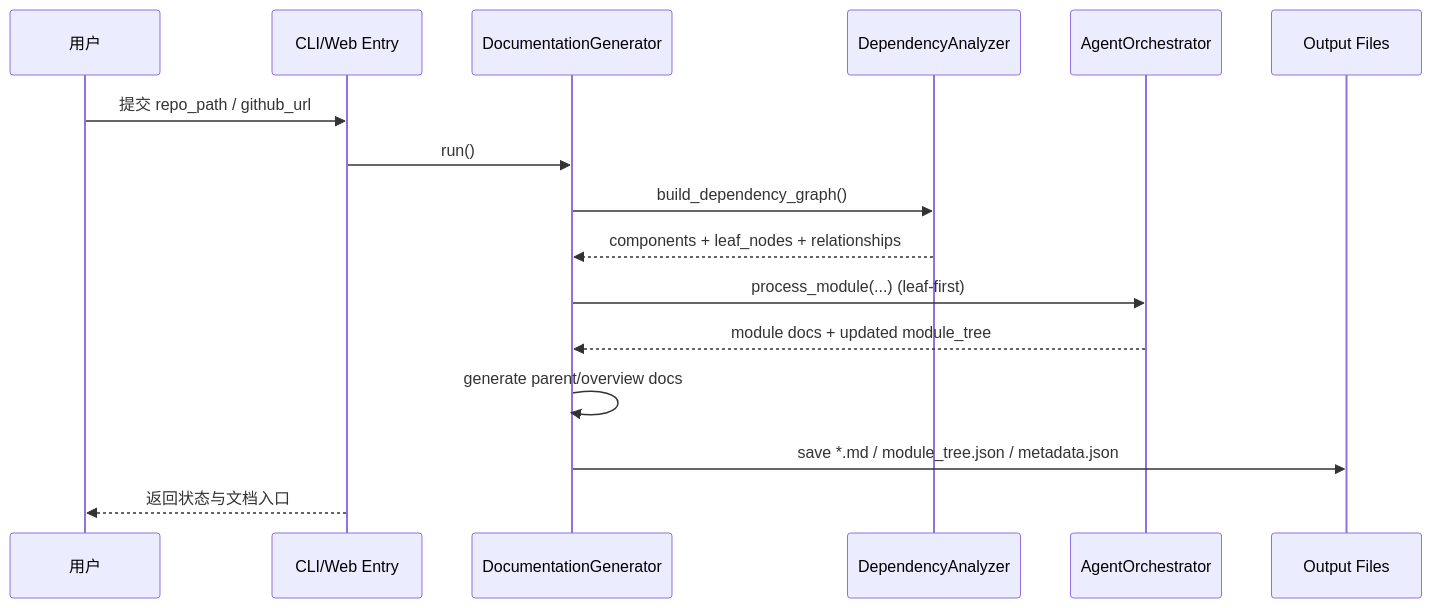
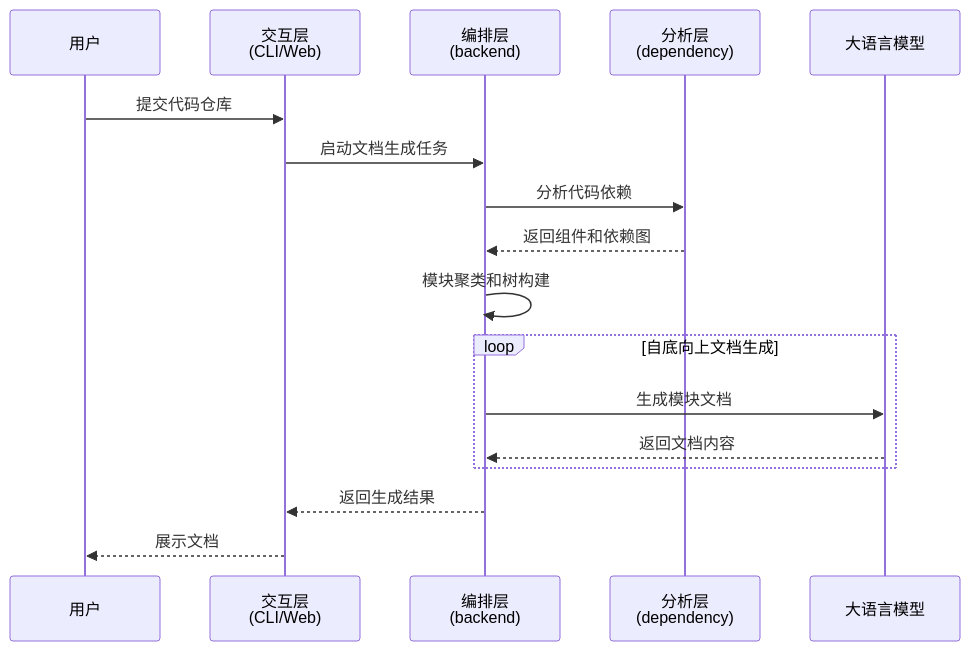
Before and after one commit to nerdneilsfield/code-wiki-pages: the second of 3 diagrams in public/codewiki-docs/overview.md, drawn with Mermaid. The commit also changed other lines of this file and 90 other files, not shown here.

````diff
--- a/public/codewiki-docs/overview.md
+++ b/public/codewiki-docs/overview.md
@@ -32,19 +54,20 @@
 ```mermaid
 sequenceDiagram
     participant User as 用户
-    participant Entry as CLI/Web Entry
-    participant DG as DocumentationGenerator
-    participant DA as DependencyAnalyzer
-    participant AO as AgentOrchestrator
-    participant FS as Output Files
-
-    User->>Entry: 提交 repo_path / github_url
-    Entry->>DG: run()
-    DG->>DA: build_dependency_graph()
-    DA-->>DG: components + leaf_nodes + relationships
-    DG->>AO: process_module(...) (leaf-first)
-    AO-->>DG: module docs + updated module_tree
-    DG->>DG: generate parent/overview docs
-    DG->>FS: save *.md / module_tree.json / metadata.json
-    Entry-->>User: 返回状态与文档入口
+    participant Interface as 交互层<br/>(CLI/Web)
+    participant Orchestrator as 编排层<br/>(backend)
+    participant Analyzer as 分析层<br/>(dependency)
+    participant LLM as 大语言模型
+    
+    User->>Interface: 提交代码仓库
+    Interface->>Orchestrator: 启动文档生成任务
+    Orchestrator->>Analyzer: 分析代码依赖
+    Analyzer-->>Orchestrator: 返回组件和依赖图
+    Orchestrator->>Orchestrator: 模块聚类和树构建
+    loop 自底向上文档生成
+        Orchestrator->>LLM: 生成模块文档
+        LLM-->>Orchestrator: 返回文档内容
+    end
+    Orchestrator-->>Interface: 返回生成结果
+    Interface-->>User: 展示文档
 ```
````
